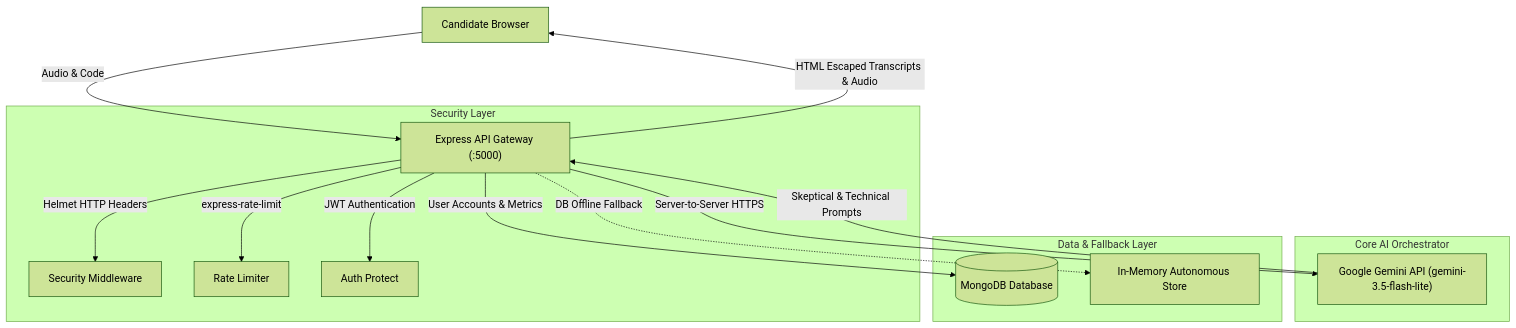
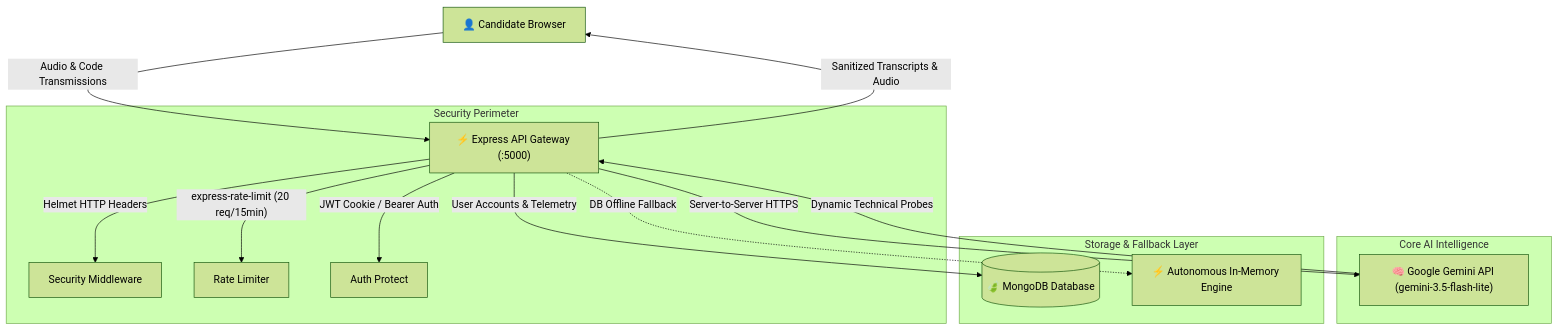
One commit to Sayan-stg/hire-ready changed the diagram in README.md. Above: the diagram before and after it, drawn with Mermaid (forest theme). The commit also changed other lines of this file and 1 other file, not shown here.

````diff
--- a/README.md
+++ b/README.md
@@ -112,22 +180,22 @@
 ```mermaid
 graph TD
-    User["Candidate Browser"] -->|"Audio & Code"| Gateway["Express API Gateway (:5000)"]
+    User["👤 Candidate Browser"] -->|"Audio & Code Transmissions"| Gateway["⚡ Express API Gateway (:5000)"]
     
-    subgraph Security Layer
+    subgraph Security Perimeter
         Gateway -->|"Helmet HTTP Headers"| Sec1["Security Middleware"]
-        Gateway -->|"express-rate-limit"| Sec2["Rate Limiter"]
-        Gateway -->|"JWT Authentication"| Sec3["Auth Protect"]
+        Gateway -->|"express-rate-limit (20 req/15min)"| Sec2["Rate Limiter"]
+        Gateway -->|"JWT Cookie / Bearer Auth"| Sec3["Auth Protect"]
     end
 
-    subgraph Core AI Orchestrator
-        Gateway -->|"Server-to-Server HTTPS"| Gemini["Google Gemini API (gemini-3.5-flash-lite)"]
-        Gemini -->|"Skeptical & Technical Prompts"| Gateway
+    subgraph Core AI Intelligence
+        Gateway -->|"Server-to-Server HTTPS"| Gemini["🧠 Google Gemini API (gemini-3.5-flash-lite)"]
+        Gemini -->|"Dynamic Technical Probes"| Gateway
     end
 
-    subgraph Data & Fallback Layer
-        Gateway -->|"User Accounts & Metrics"| Mongo[("MongoDB Database")]
-        Gateway -.->|"DB Offline Fallback"| InMem["In-Memory Autonomous Store"]
+    subgraph Storage & Fallback Layer
+        Gateway -->|"User Accounts & Telemetry"| Mongo[("🍃 MongoDB Database")]
+        Gateway -.->|"DB Offline Fallback"| InMem["⚡ Autonomous In-Memory Engine"]
     end
 
-    Gateway -->|"HTML Escaped Transcripts & Audio"| User
+    Gateway -->|"Sanitized Transcripts & Audio"| User
 ```
````
